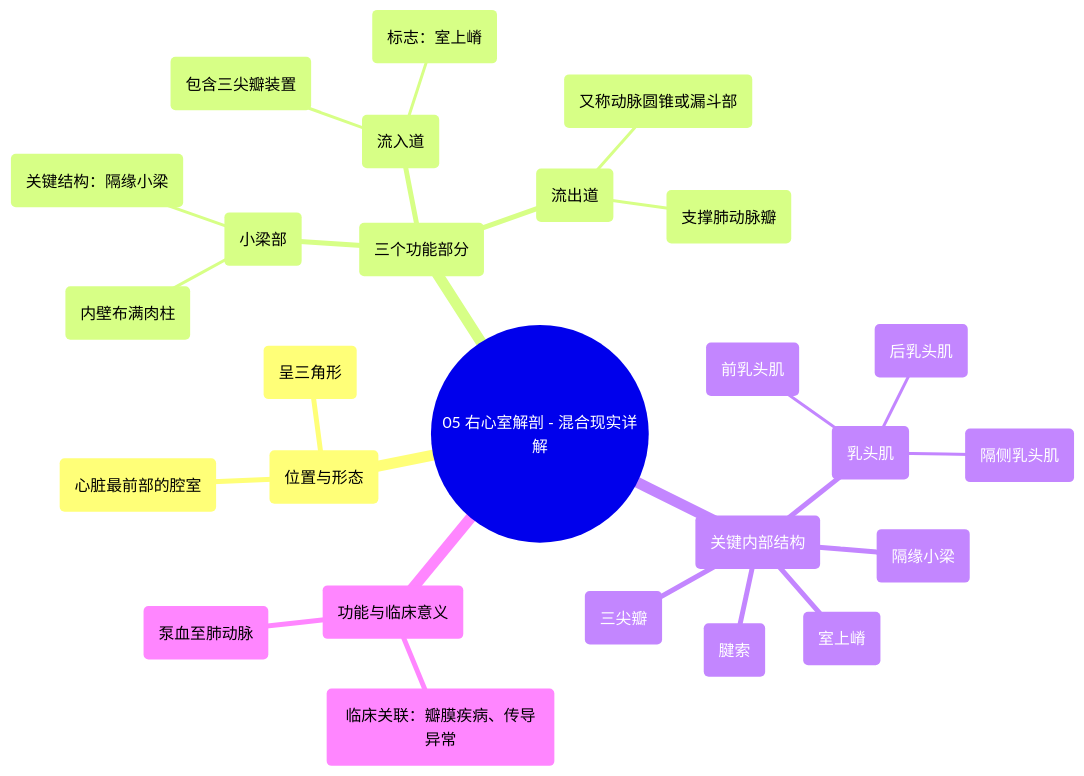
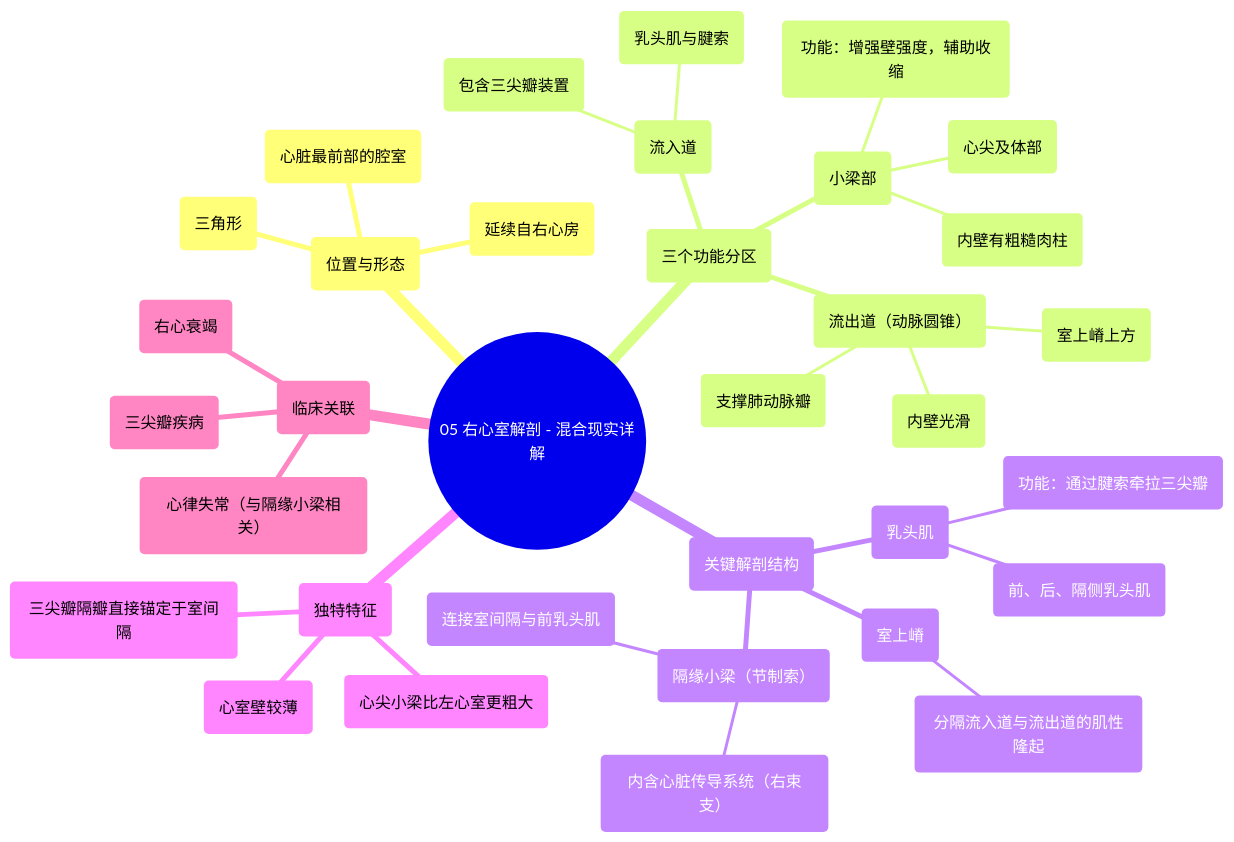
One commit to hello-47777/xinxueguan changed the diagram in docs/专辑 01：心脏解剖学实景课 (Heart Anatomy - Course)/05 Right Ventricle Anatomy - Explained in Mixed Reality.md. Above: the diagram before and after it, drawn with Mermaid. The commit also changed other lines of this file and 414 other files, not shown here.

````diff
--- a/docs/专辑 01：心脏解剖学实景课 (Heart Anatomy - Course)/05 Right Ventricle Anatomy - Explained in Mixed Reality.md
+++ b/docs/专辑 01：心脏解剖学实景课 (Heart Anatomy - Course)/05 Right Ventricle Anatomy - Explained in Mixed Reality.md
@@ -48,29 +48,37 @@
 ```mermaid
 mindmap
   root(("05 右心室解剖 - 混合现实详解"))
     ("位置与形态")
       ("心脏最前部的腔室")
-      ("呈三角形")
-    ("三个功能部分")
+      ("三角形")
+      ("延续自右心房")
+    ("三个功能分区")
       ("流入道")
         ("包含三尖瓣装置")
-        ("标志：室上嵴")
+        ("乳头肌与腱索")
       ("小梁部")
-        ("内壁布满肉柱")
-        ("关键结构：隔缘小梁")
-      ("流出道")
-        ("又称动脉圆锥或漏斗部")
+        ("心尖及体部")
+        ("内壁有粗糙肉柱")
+        ("功能：增强壁强度，辅助收缩")
+      ("流出道（动脉圆锥）")
+        ("室上嵴上方")
+        ("内壁光滑")
         ("支撑肺动脉瓣")
-    ("关键内部结构")
-      ("三尖瓣")
+    ("关键解剖结构")
+      ("室上嵴")
+        ("分隔流入道与流出道的肌性隆起")
       ("乳头肌")
-        ("前乳头肌")
-        ("后乳头肌")
-        ("隔侧乳头肌")
-      ("腱索")
-      ("室上嵴")
-      ("隔缘小梁")
-    ("功能与临床意义")
-      ("泵血至肺动脉")
-      ("临床关联：瓣膜疾病、传导异常")
+        ("前、后、隔侧乳头肌")
+        ("功能：通过腱索牵拉三尖瓣")
+      ("隔缘小梁（节制索）")
+        ("连接室间隔与前乳头肌")
+        ("内含心脏传导系统（右束支）")
+    ("独特特征")
+      ("三尖瓣隔瓣直接锚定于室间隔")
+      ("心尖小梁比左心室更粗大")
+      ("心室壁较薄")
+    ("临床关联")
+      ("三尖瓣疾病")
+      ("右心衰竭")
+      ("心律失常（与隔缘小梁相关）")
 ```
````
